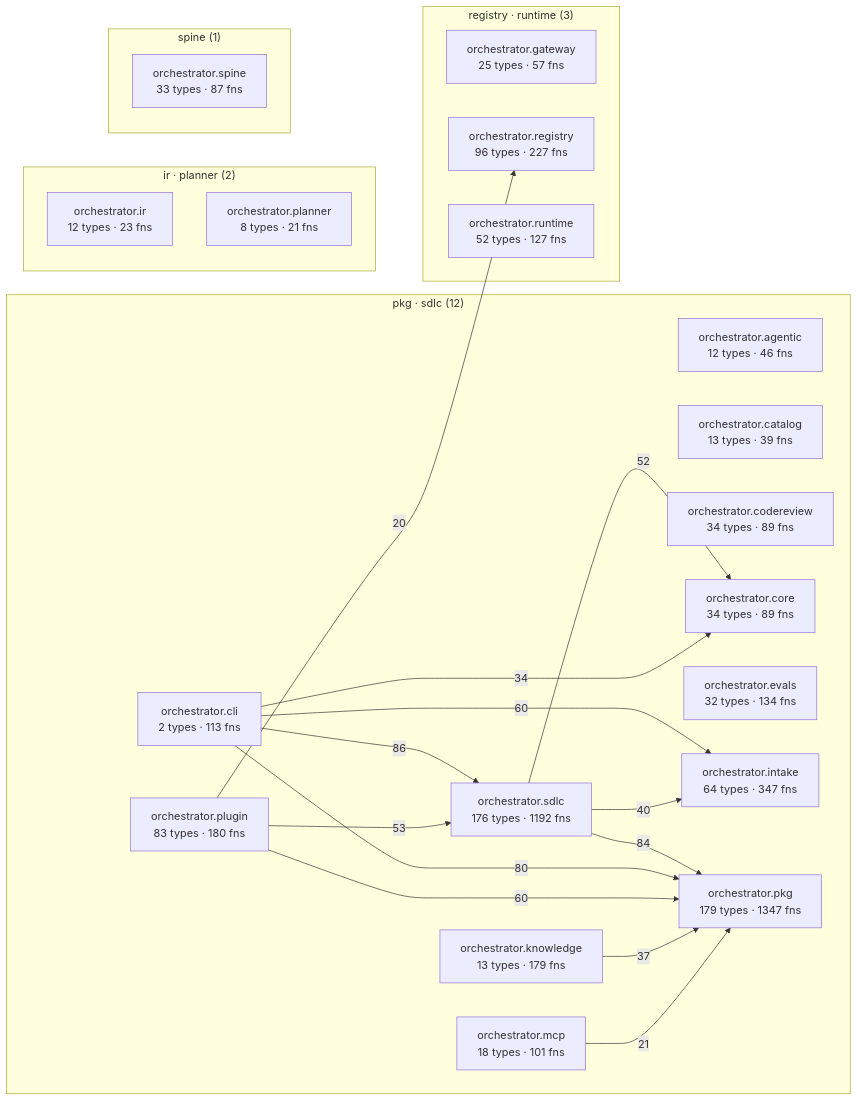
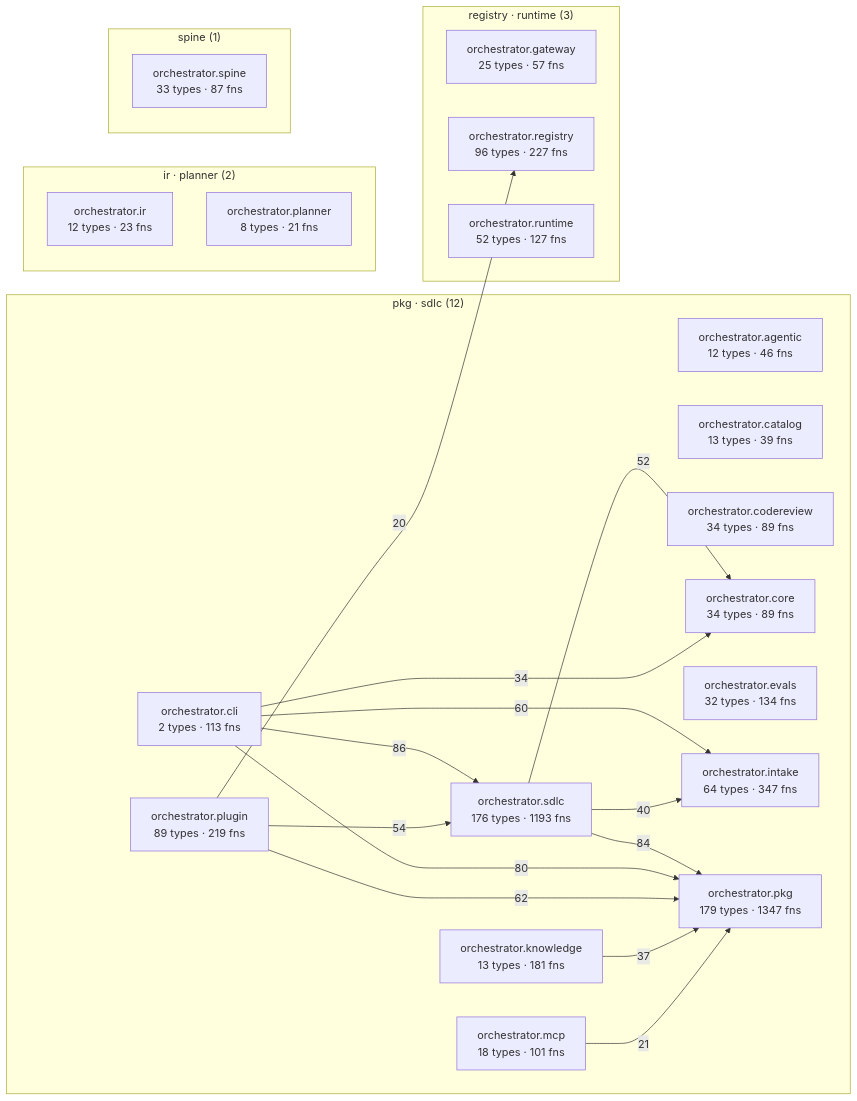
One commit to synaptixs/spine changed the diagram in episteme/architecture.md. Above: the diagram before and after it, drawn with Mermaid. The commit also changed other lines of this file and 25 other files, not shown here.

````diff
--- a/episteme/architecture.md
+++ b/episteme/architecture.md
@@ -56,41 +56,41 @@
 ```mermaid
 flowchart LR
   subgraph c_2["pkg · sdlc (12)"]
     aorchestratoragentic["orchestrator.agentic<br/>12 types · 46 fns"]
     aorchestratorcatalog["orchestrator.catalog<br/>13 types · 39 fns"]
     aorchestratorcli["orchestrator.cli<br/>2 types · 113 fns"]
     aorchestratorcodereview["orchestrator.codereview<br/>34 types · 89 fns"]
     aorchestratorcore["orchestrator.core<br/>34 types · 89 fns"]
     aorchestratorevals["orchestrator.evals<br/>32 types · 134 fns"]
     aorchestratorintake["orchestrator.intake<br/>64 types · 347 fns"]
-    aorchestratorknowledge["orchestrator.knowledge<br/>13 types · 179 fns"]
+    aorchestratorknowledge["orchestrator.knowledge<br/>13 types · 181 fns"]
     aorchestratormcp["orchestrator.mcp<br/>18 types · 101 fns"]
     aorchestratorpkg["orchestrator.pkg<br/>179 types · 1347 fns"]
-    aorchestratorplugin["orchestrator.plugin<br/>83 types · 180 fns"]
-    aorchestratorsdlc["orchestrator.sdlc<br/>176 types · 1192 fns"]
+    aorchestratorplugin["orchestrator.plugin<br/>89 types · 219 fns"]
+    aorchestratorsdlc["orchestrator.sdlc<br/>176 types · 1193 fns"]
   end
   subgraph c_5["registry · runtime (3)"]
     aorchestratorgateway["orchestrator.gateway<br/>25 types · 57 fns"]
     aorchestratorregistry["orchestrator.registry<br/>96 types · 227 fns"]
     aorchestratorruntime["orchestrator.runtime<br/>52 types · 127 fns"]
   end
   subgraph c_7["ir · planner (2)"]
     aorchestratorir["orchestrator.ir<br/>12 types · 23 fns"]
     aorchestratorplanner["orchestrator.planner<br/>8 types · 21 fns"]
   end
   subgraph c_12["spine (1)"]
     aorchestratorspine["orchestrator.spine<br/>33 types · 87 fns"]
   end
   aorchestratorcli -->|86| aorchestratorsdlc
   aorchestratorsdlc -->|84| aorchestratorpkg
   aorchestratorcli -->|80| aorchestratorpkg
+  aorchestratorplugin -->|62| aorchestratorpkg
   aorchestratorcli -->|60| aorchestratorintake
-  aorchestratorplugin -->|60| aorchestratorpkg
-  aorchestratorplugin -->|53| aorchestratorsdlc
+  aorchestratorplugin -->|54| aorchestratorsdlc
   aorchestratorsdlc -->|52| aorchestratorcore
   aorchestratorsdlc -->|40| aorchestratorintake
   aorchestratorknowledge -->|37| aorchestratorpkg
   aorchestratorcli -->|34| aorchestratorcore
   aorchestratormcp -->|21| aorchestratorpkg
   aorchestratorplugin -->|20| aorchestratorregistry
 ```
````
